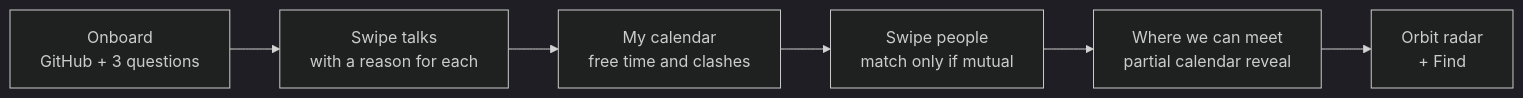
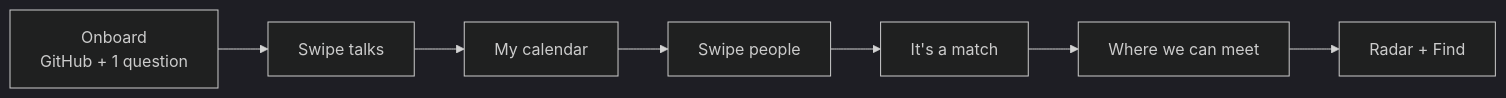
Before and after one commit to Arjunprasaath/Affinity: the first of 3 diagrams in README.md, drawn with Mermaid (dark theme). The commit also changed other lines of this file and 10 other files, not shown here.

First line of the commit message:
README: real app screenshots, swipe and match animations, team

````diff
--- a/README.md
+++ b/README.md
@@ -35,8 +41,9 @@
 ```mermaid
 flowchart LR
-    A["Onboard<br/>GitHub + 3 questions"] --> B["Swipe talks<br/>with a reason for each"]
-    B --> C["My calendar<br/>free time and clashes"]
-    C --> D["Swipe people<br/>match only if mutual"]
-    D --> E["Where we can meet<br/>partial calendar reveal"]
-    E --> F["Orbit radar<br/>+ Find"]
+    A["Onboard<br/>GitHub + 1 question"] --> B["Swipe talks"]
+    B --> C["My calendar"]
+    C --> D["Swipe people"]
+    D --> E["It's a match"]
+    E --> F["Where we can meet"]
+    F --> G["Radar + Find"]
 ```
````
